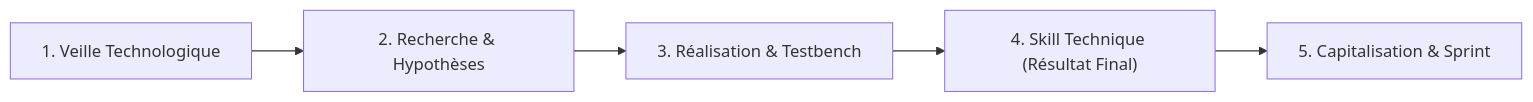
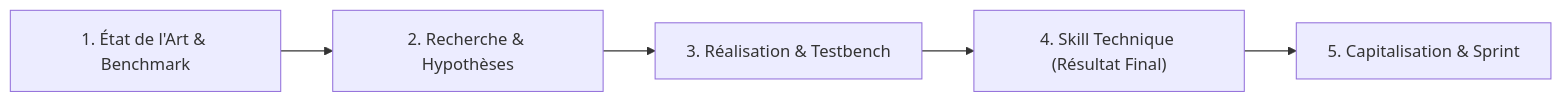
One commit to labs-agent-dev/lab-skills-framework changed the diagram in docs/01-demarche-realisation-lab.md. Above: the diagram before and after it, drawn with Mermaid. The commit also changed other lines of this file and 10 other files, not shown here.

````diff
--- a/docs/01-demarche-realisation-lab.md
+++ b/docs/01-demarche-realisation-lab.md
@@ -4,7 +4,7 @@
 ```mermaid
 flowchart LR
-    A["1. Veille Technologique"] --> B["2. Recherche & Hypothèses"]
+    A["1. État de l'Art & Benchmark"] --> B["2. Recherche & Hypothèses"]
     B --> C["3. Réalisation & Testbench"]
+    D --> E["5. Capitalisation & Sprint"]
     C --> D["4. Skill Technique (Résultat Final)"]
-    D --> E["5. Capitalisation & Sprint"]
 ```
````
